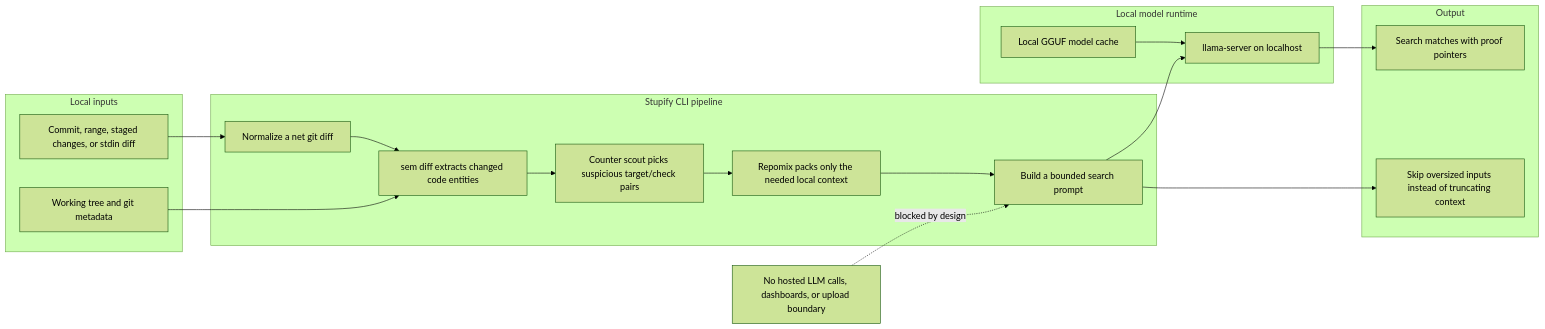
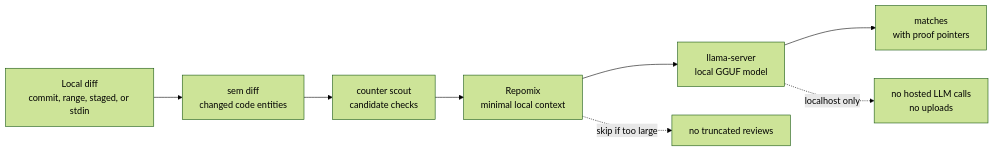
One commit to Octember/stupify changed the diagram in README.md. Above: the diagram before and after it, drawn with Mermaid (forest theme).

Commit message:
Simplify README architecture diagram

````diff
--- a/README.md
+++ b/README.md
@@ -59,35 +59,14 @@
 ```mermaid
 flowchart LR
-  subgraph Inputs["Local inputs"]
-    Commit["Commit, range, staged changes, or stdin diff"]
-    Repo["Working tree and git metadata"]
-  end
+  Diff["Local diff<br/>commit, range, staged, or stdin"]
+  Sem["sem diff<br/>changed code entities"]
+  Scout["counter scout<br/>candidate checks"]
+  Context["Repomix<br/>minimal local context"]
+  Model["llama-server<br/>local GGUF model"]
+  Matches["matches<br/>with proof pointers"]
 
-  subgraph Pipeline["Stupify CLI pipeline"]
-    Diff["Normalize a net git diff"]
-    Sem["sem diff extracts changed code entities"]
-    Scout["Counter scout picks suspicious target/check pairs"]
-    Context["Repomix packs only the needed local context"]
-    Prompt["Build a bounded search prompt"]
-  end
+  Diff --> Sem --> Scout --> Context --> Model --> Matches
 
-  subgraph Runtime["Local model runtime"]
-    Server["llama-server on localhost"]
-    Model["Local GGUF model cache"]
-  end
-
-  subgraph Output["Output"]
-    Matches["Search matches with proof pointers"]
-    Skip["Skip oversized inputs instead of truncating context"]
-  end
-
-  Commit --> Diff
-  Repo --> Sem
-  Diff --> Sem --> Scout --> Context --> Prompt
-  Prompt --> Server
-  Model --> Server
-  Server --> Matches
-  Prompt --> Skip
-
-  Hosted["No hosted LLM calls, dashboards, or upload boundary"] -. "blocked by design" .-> Prompt
+  Context -. "skip if too large" .-> Skip["no truncated reviews"]
+  Model -. "localhost only" .-> Privacy["no hosted LLM calls<br/>no uploads"]
 ```
````
